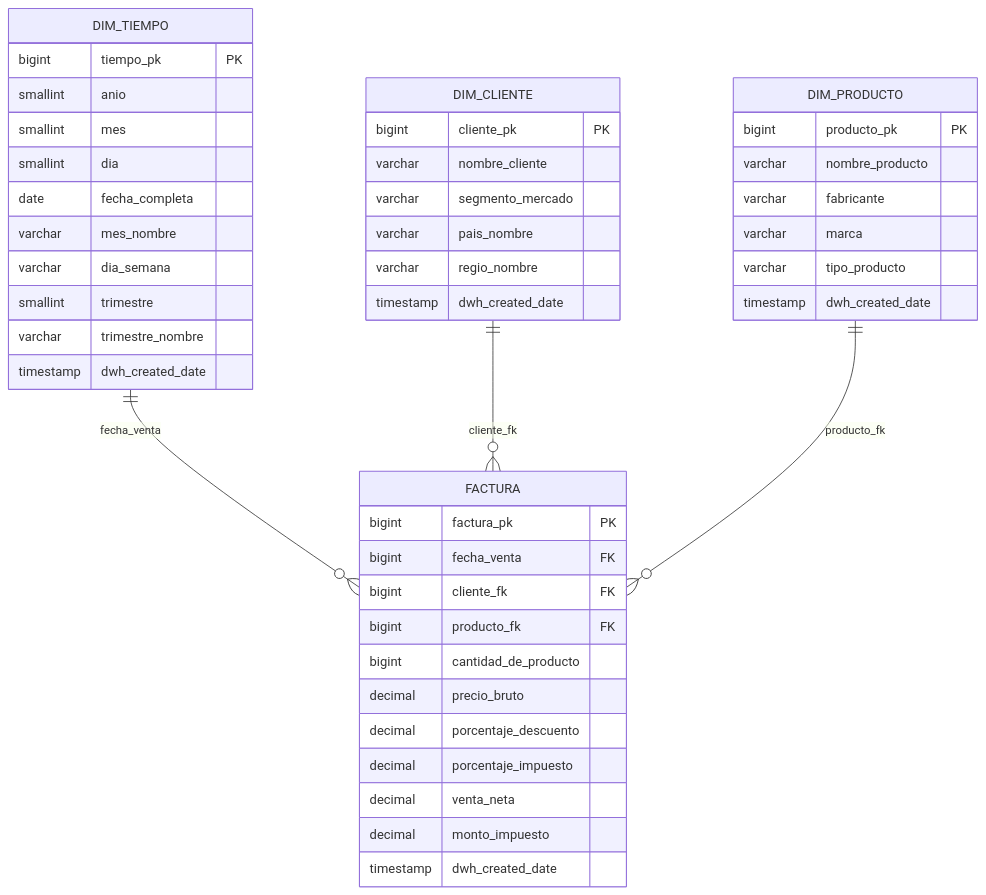
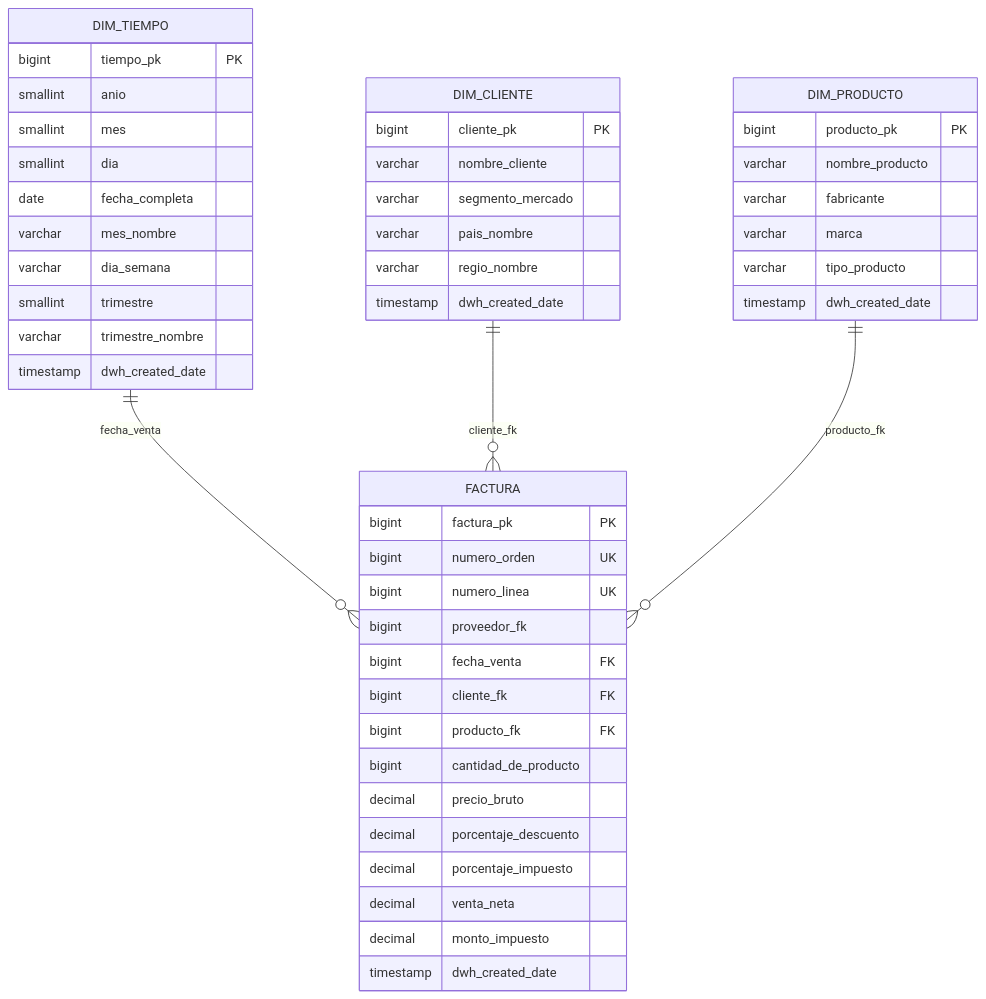
One commit to CaletOrtiz/sql-datawarehouse-project changed the diagram in docs/erd_oro.md. Above: the diagram before and after it, drawn with Mermaid. The commit also changed other lines of this file and 13 other files, not shown here.

````diff
--- a/docs/erd_oro.md
+++ b/docs/erd_oro.md
@@ -3,48 +3,51 @@
 ```mermaid
 erDiagram
     DIM_TIEMPO ||--o{ FACTURA : "fecha_venta"
     DIM_CLIENTE ||--o{ FACTURA : "cliente_fk"
     DIM_PRODUCTO ||--o{ FACTURA : "producto_fk"
 
     FACTURA {
         bigint factura_pk PK
+        bigint numero_orden UK
+        bigint numero_linea UK
+        bigint proveedor_fk
         bigint fecha_venta FK
         bigint cliente_fk FK
         bigint producto_fk FK
         bigint cantidad_de_producto
         decimal precio_bruto
         decimal porcentaje_descuento
         decimal porcentaje_impuesto
         decimal venta_neta
         decimal monto_impuesto
         timestamp dwh_created_date
     }
     DIM_TIEMPO {
         bigint tiempo_pk PK
         smallint anio
         smallint mes
         smallint dia
         date fecha_completa
         varchar mes_nombre
         varchar dia_semana
         smallint trimestre
         varchar trimestre_nombre
         timestamp dwh_created_date
     }
     DIM_CLIENTE {
         bigint cliente_pk PK
         varchar nombre_cliente
         varchar segmento_mercado
         varchar pais_nombre
         varchar regio_nombre
         timestamp dwh_created_date
     }
     DIM_PRODUCTO {
         bigint producto_pk PK
         varchar nombre_producto
         varchar fabricante
         varchar marca
         varchar tipo_producto
         timestamp dwh_created_date
     }
 ```
````
